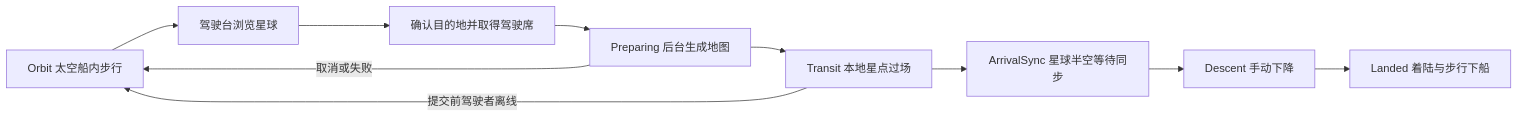
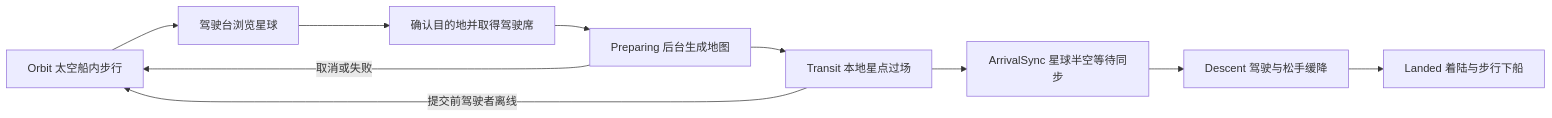
Before and after one commit to surgame/dark-night-unity: the diagram in docs/SPACE_TO_PLANET_IMPLEMENTATION.md, drawn with Mermaid. The commit also changed other lines of this file and 88 other files, not shown here.

````diff
--- a/docs/SPACE_TO_PLANET_IMPLEMENTATION.md
+++ b/docs/SPACE_TO_PLANET_IMPLEMENTATION.md
@@ -9,12 +9,12 @@
 ```mermaid
 flowchart LR
     A[Orbit 太空船内步行] --> B[驾驶台浏览星球]
     B --> C[确认目的地并取得驾驶席]
     C --> D[Preparing 后台生成地图]
     D --> E[Transit 本地星点过场]
     E --> F[ArrivalSync 星球半空等待同步]
-    F --> G[Descent 手动下降]
+    F --> G[Descent 驾驶与松手缓降]
     G --> H[Landed 着陆与步行下船]
     D -->|取消或失败| A
     E -->|提交前驾驶者离线| A
 ```
````
